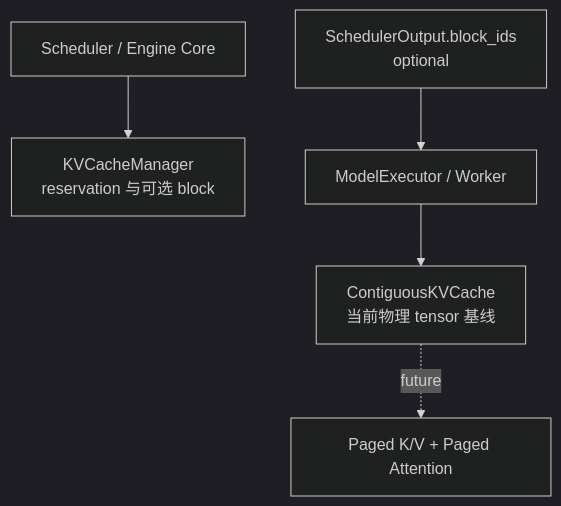
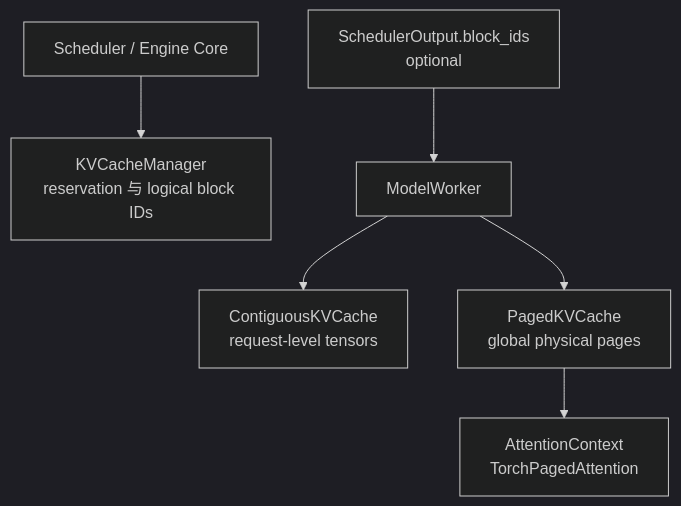
Before and after one commit to poorpaper/light-vllm: the second of 3 diagrams in docs/architecture.md, drawn with Mermaid (dark theme). The commit also changed other lines of this file and 4 other files, not shown here.

Commit message:
docs: define paged worker architecture

````diff
--- a/docs/architecture.md
+++ b/docs/architecture.md
@@ -122,7 +126,8 @@
 ```mermaid
 flowchart TB
-    Scheduler["Scheduler / Engine Core"] --> Logical["KVCacheManager<br/>reservation 与可选 block"]
-    Output["SchedulerOutput.block_ids<br/>optional"] --> Executor["ModelExecutor / Worker"]
-    Executor --> Physical["ContiguousKVCache<br/>当前物理 tensor 基线"]
-    Physical -.future.-> Paged["Paged K/V + Paged Attention"]
+    Scheduler["Scheduler / Engine Core"] --> Logical["KVCacheManager<br/>reservation 与 logical block IDs"]
+    Output["SchedulerOutput.block_ids<br/>optional"] --> Worker["ModelWorker"]
+    Worker --> Contiguous["ContiguousKVCache<br/>request-level tensors"]
+    Worker --> Paged["PagedKVCache<br/>global physical pages"]
+    Paged --> Attention["AttentionContext<br/>TorchPagedAttention"]
 ```
````
